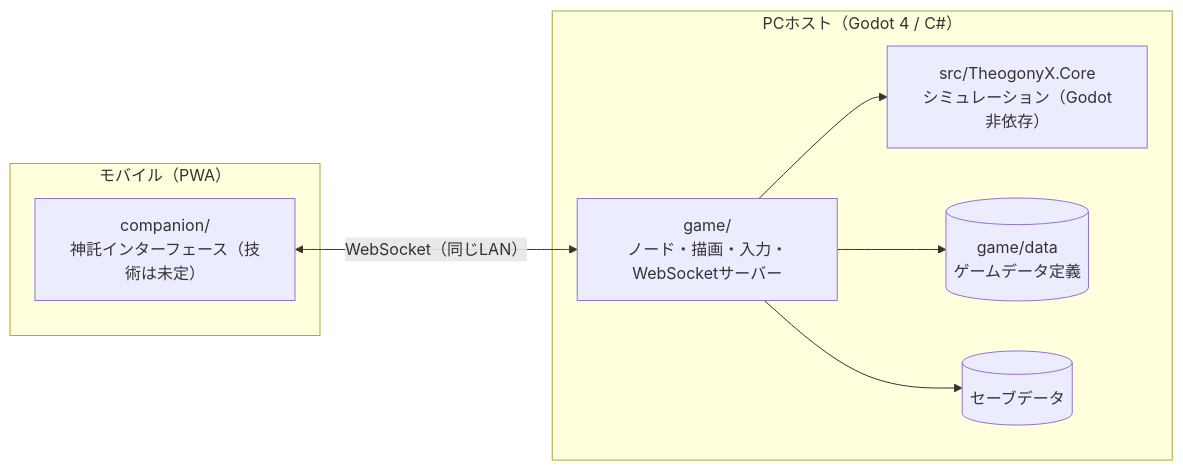
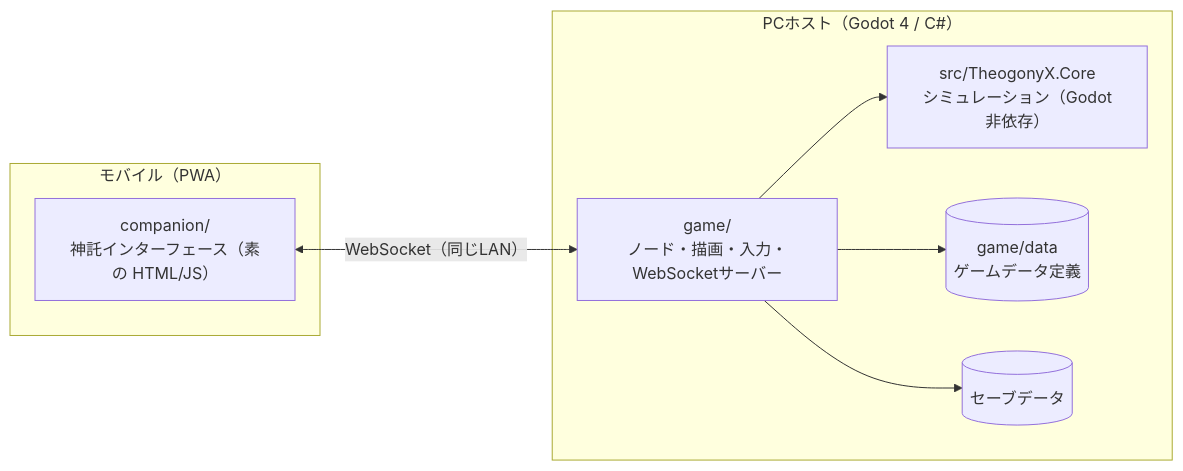
Before and after one commit to Vouivret/TheogonyX: the first of 2 diagrams in docs/architecture.md, drawn with Mermaid. The commit also changed other lines of this file and 15 other files, not shown here.

````diff
--- a/docs/architecture.md
+++ b/docs/architecture.md
@@ -9,16 +9,16 @@
 ```mermaid
 flowchart LR
     subgraph PC["PCホスト（Godot 4 / C#）"]
         Game["game/<br>ノード・描画・入力・WebSocketサーバー"]
         Core["src/TheogonyX.Core<br>シミュレーション（Godot非依存）"]
         Data[("game/data<br>ゲームデータ定義")]
         Save[("セーブデータ")]
         Game --> Core
         Game --> Data
         Game --> Save
     end
     subgraph Mobile["モバイル（PWA）"]
-        Companion["companion/<br>神託インターフェース（技術は未定）"]
+        Companion["companion/<br>神託インターフェース（素の HTML/JS）"]
     end
     Companion <-- "WebSocket（同じLAN）" --> Game
 ```
````
